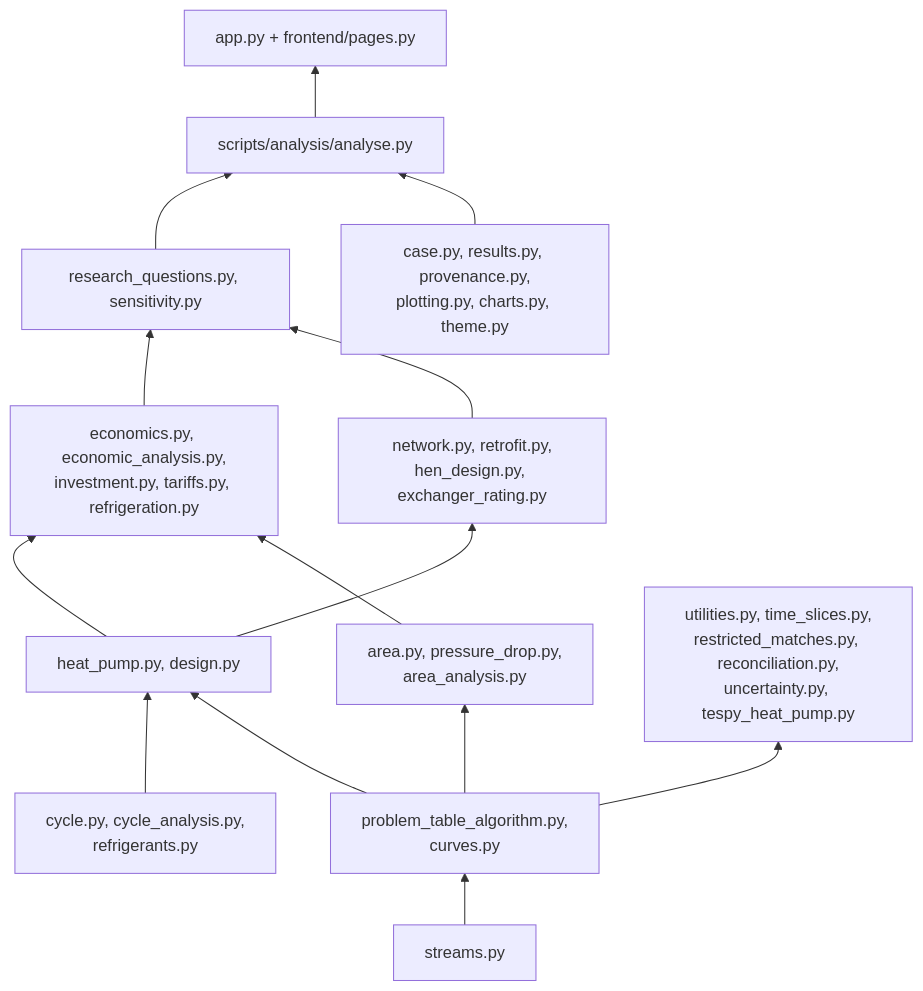
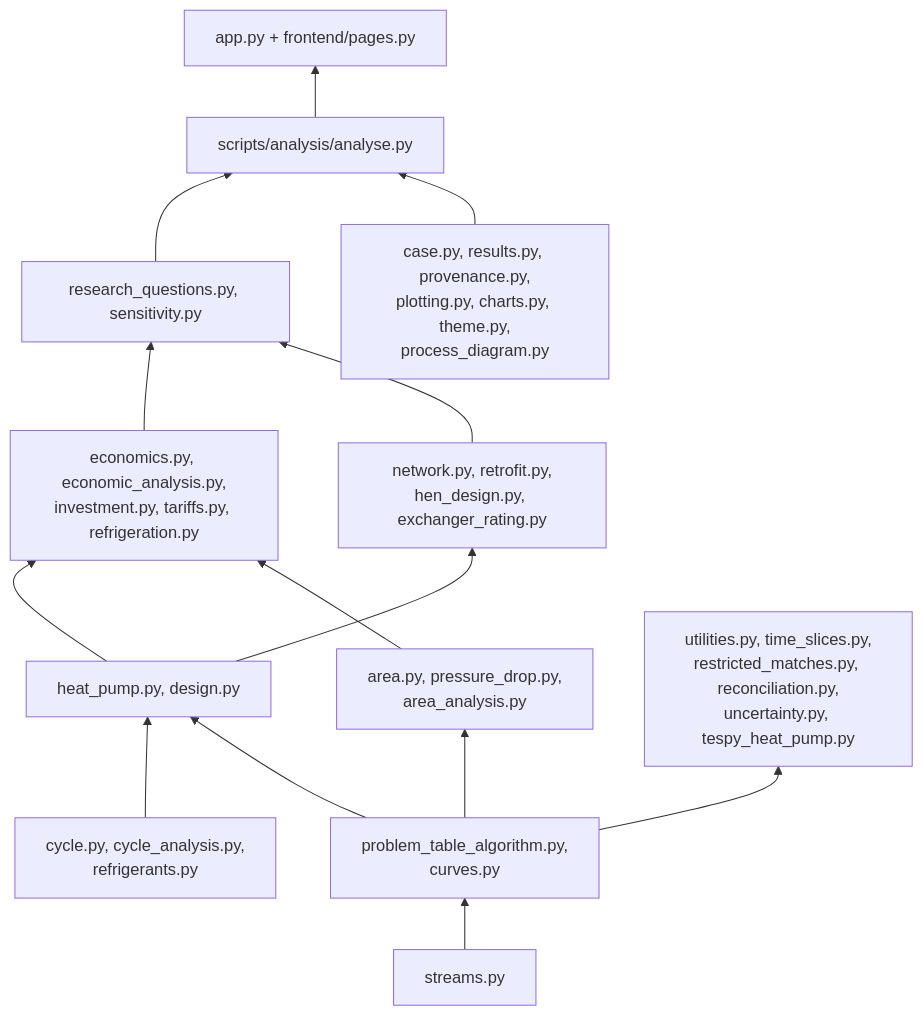
One commit to TheJohn01/Heatpump-Pinch changed the fourth of 5 diagrams in README.md. Above: the diagram before and after it, drawn with Mermaid. The commit also changed other lines of this file and 8 other files, not shown here.

First line of the commit message:
Process diagrams: simplified flowsheet in step 1, T* stream diagram on the Dashboard

````diff
--- a/README.md
+++ b/README.md
@@ -279,25 +279,25 @@
 ```mermaid
 flowchart BT
     streams["streams.py"]
     pta["problem_table_algorithm.py,<br/>curves.py"]
     area["area.py, pressure_drop.py,<br/>area_analysis.py"]
     hp["heat_pump.py, design.py"]
     cyc["cycle.py, cycle_analysis.py,<br/>refrigerants.py"]
     net["network.py, retrofit.py,<br/>hen_design.py, exchanger_rating.py"]
     eco["economics.py, economic_analysis.py,<br/>investment.py, tariffs.py, refrigeration.py"]
     rq["research_questions.py, sensitivity.py"]
     ext["utilities.py, time_slices.py,<br/>restricted_matches.py, reconciliation.py,<br/>uncertainty.py, tespy_heat_pump.py"]
-    io["case.py, results.py, provenance.py,<br/>plotting.py, charts.py, theme.py"]
+    io["case.py, results.py, provenance.py,<br/>plotting.py, charts.py, theme.py,<br/>process_diagram.py"]
     app["app.py + frontend/pages.py"]
     cli["scripts/analysis/analyse.py"]
     streams --> pta --> area
     pta --> hp --> net
     cyc --> hp
     pta --> ext
     area --> eco
     hp --> eco
     net --> rq
     eco --> rq
     io --> cli
     rq --> cli --> app
 ```
````
